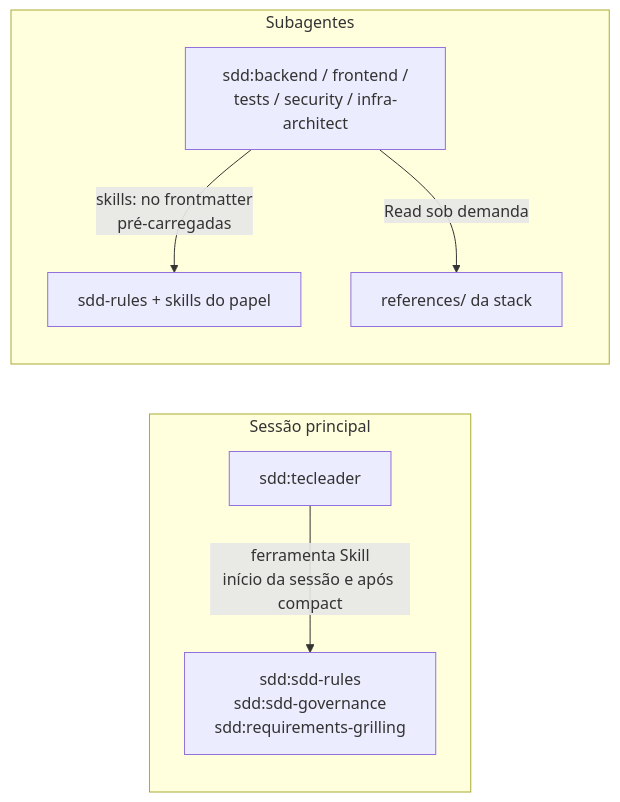
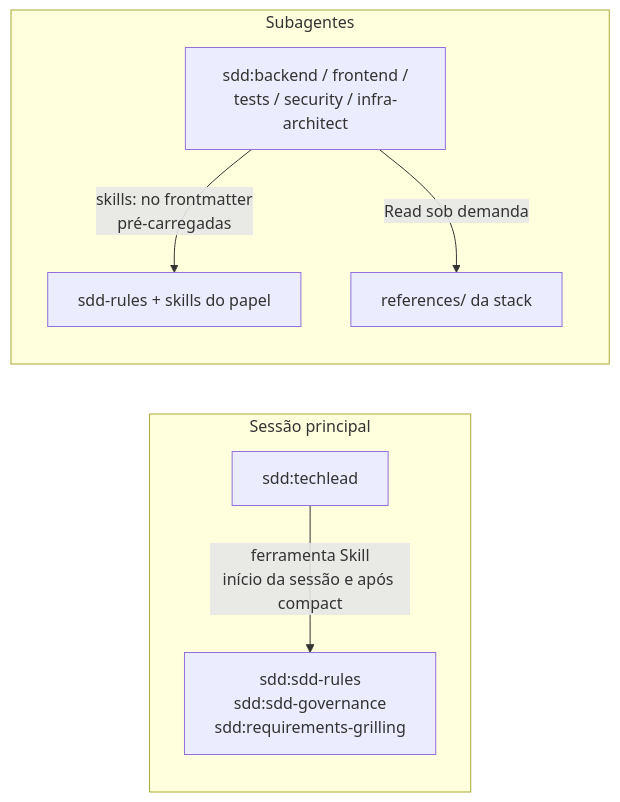
The seventh of 9 diagrams in docs/arquitetura.md (powerlok/claude-sdd-framework), drawn with Mermaid before and after one commit. The commit also changed other lines of this file and 37 other files, not shown here.

First line of the commit message:
sdd 0.8.0: renomear o agente sdd:tecleader para sdd:techlead (mudança incompatível)

````diff
--- a/docs/arquitetura.md
+++ b/docs/arquitetura.md
@@ -295,10 +295,10 @@
 ```mermaid
 flowchart LR
     subgraph Sessão principal
-        TL[sdd:tecleader] -->|"ferramenta Skill<br/>início da sessão e após compact"| R1[sdd:sdd-rules<br/>sdd:sdd-governance<br/>sdd:requirements-grilling]
+        TL[sdd:techlead] -->|"ferramenta Skill<br/>início da sessão e após compact"| R1[sdd:sdd-rules<br/>sdd:sdd-governance<br/>sdd:requirements-grilling]
     end
     subgraph Subagentes
         SA[sdd:backend / frontend /<br/>tests / security / infra-architect] -->|"skills: no frontmatter<br/>pré-carregadas"| R2[sdd-rules + skills do papel]
         SA -->|Read sob demanda| R3[references/ da stack]
     end
 ```
````
